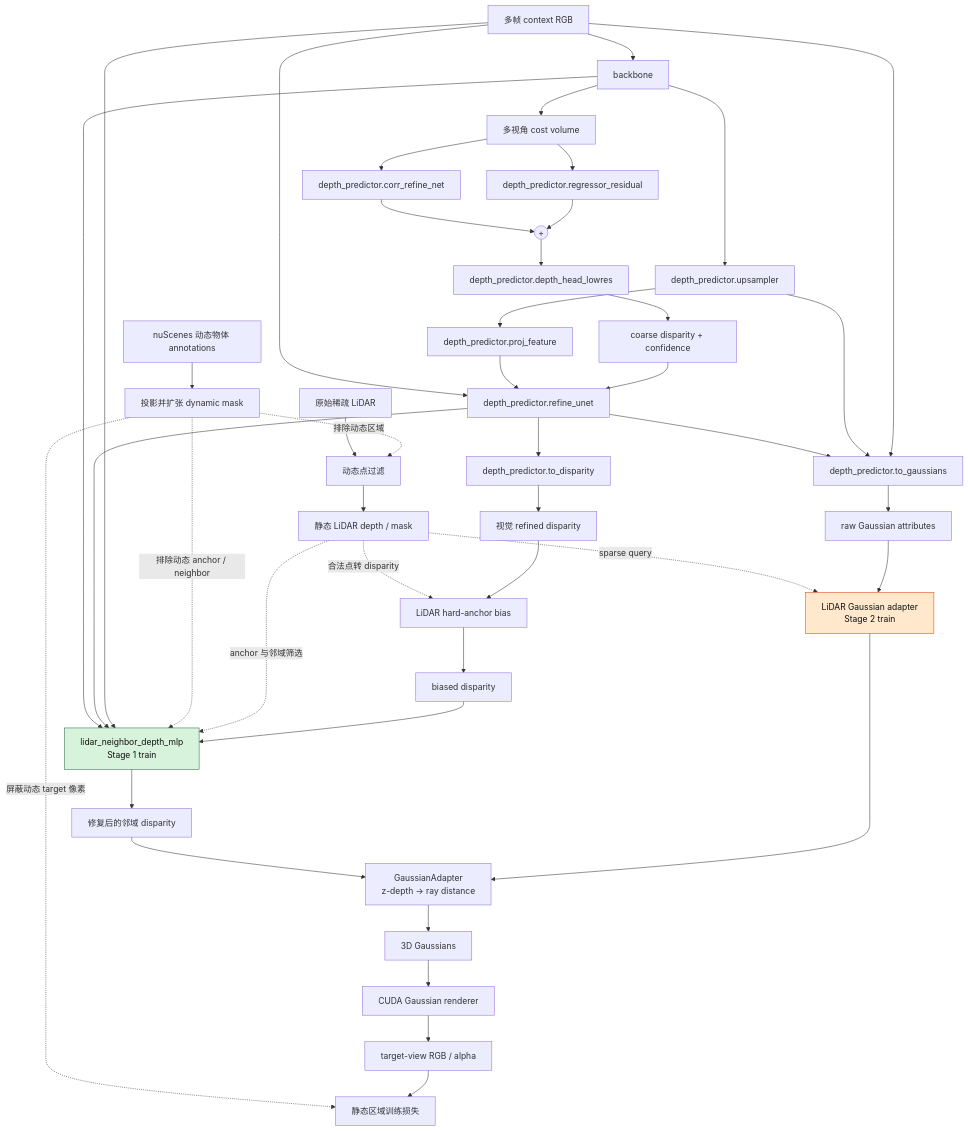
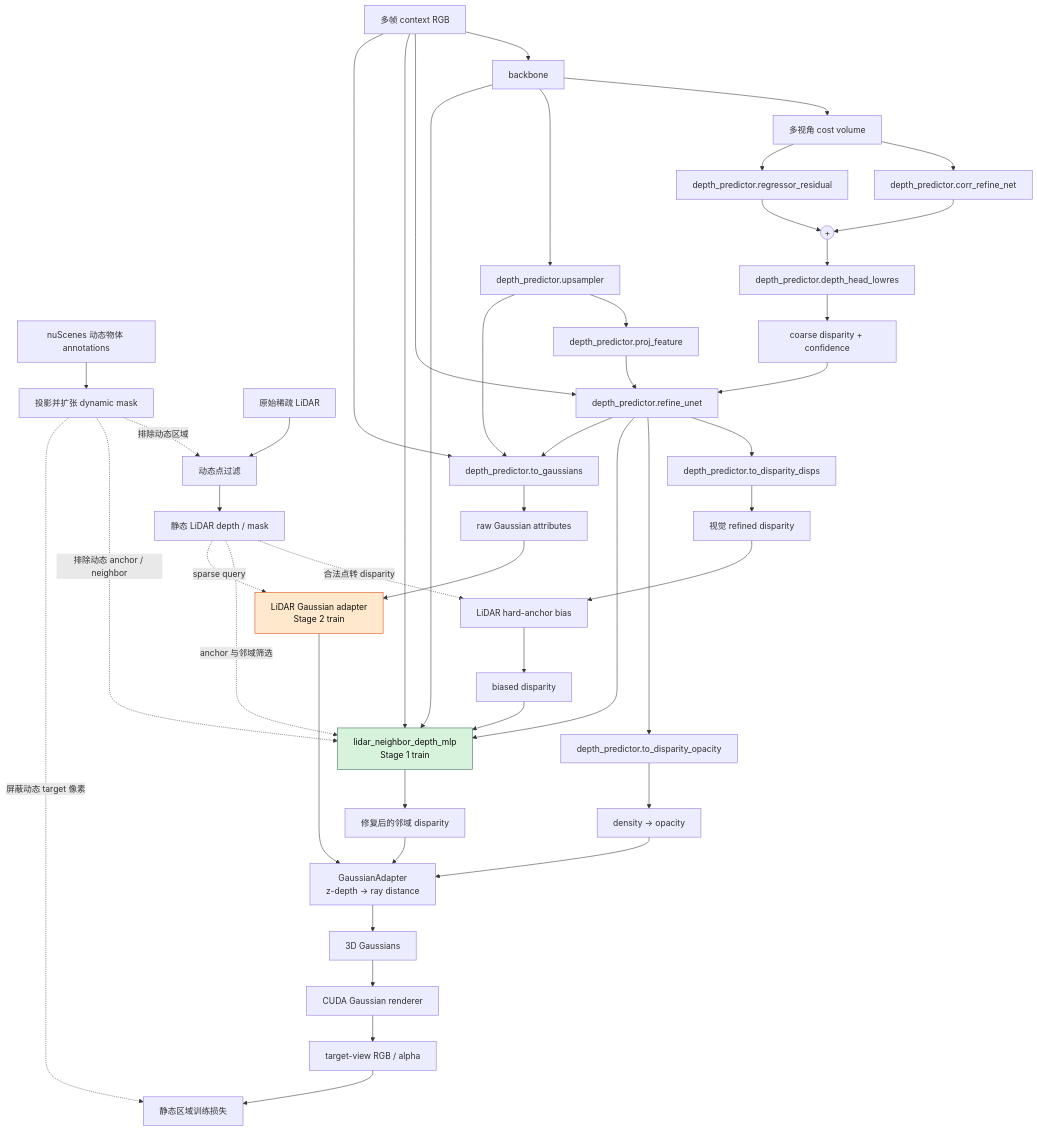
Before and after one commit to Shelly-icecream/lidar-enhanced-mvsplat: the diagram in README.md, drawn with Mermaid. The commit also changed other lines of this file and 5 other files, not shown here.

````diff
--- a/README.md
+++ b/README.md
@@ -33,54 +39,57 @@
 ```mermaid
 flowchart TD
     IMG[多帧 context RGB] --> BB[backbone]
     ANN[nuScenes 动态物体 annotations] --> DM[投影并扩张 dynamic mask]
     RAWL[原始稀疏 LiDAR] --> LF[动态点过滤]
     DM -. 排除动态区域 .-> LF
     LF --> LIDAR[静态 LiDAR depth / mask]
     BB --> CV[多视角 cost volume]
     CV --> CR[depth_predictor.corr_refine_net]
     CV --> RR[depth_predictor.regressor_residual]
     CR --> ADD((+))
     RR --> ADD
     ADD --> DH[depth_predictor.depth_head_lowres]
     DH --> CD[coarse disparity + confidence]
 
     BB --> UP[depth_predictor.upsampler]
     UP --> PF[depth_predictor.proj_feature]
     IMG --> RU[depth_predictor.refine_unet]
     PF --> RU
     CD --> RU
 
-    RU --> TD[depth_predictor.to_disparity]
+    RU --> TD[depth_predictor.to_disparity_disps]
     TD --> VD[视觉 refined disparity]
+    RU --> OP[depth_predictor.to_disparity_opacity]
+    OP --> DENS[density → opacity]
+    DENS --> GCV
     LIDAR -. 合法点转 disparity .-> BIAS[LiDAR hard-anchor bias]
     VD --> BIAS
     BIAS --> BD[biased disparity]
 
     BB --> NMLP[lidar_neighbor_depth_mlp<br/>Stage 1 train]
     RU --> NMLP
     IMG --> NMLP
     DM -. 排除动态 anchor / neighbor .-> NMLP
     LIDAR -. anchor 与邻域筛选 .-> NMLP
     BD --> NMLP
     NMLP --> RD[修复后的邻域 disparity]
 
     RU --> TG[depth_predictor.to_gaussians]
     UP --> TG
     IMG --> TG
     TG --> RAW[raw Gaussian attributes]
     LIDAR -. sparse query .-> GA[LiDAR Gaussian adapter<br/>Stage 2 train]
     RAW --> GA
     RD --> GCV[GaussianAdapter<br/>z-depth → ray distance]
     GA --> GCV
     GCV --> GS[3D Gaussians]
     GS --> RENDER[CUDA Gaussian renderer]
     RENDER --> OUT[target-view RGB / alpha]
     DM -. 屏蔽动态 target 像素 .-> LOSS[静态区域训练损失]
     OUT --> LOSS
 
     classDef stage1 fill:#d8f3dc,stroke:#2d6a4f,color:#111;
     classDef stage2 fill:#ffe8cc,stroke:#d9480f,color:#111;
     class NMLP stage1;
     class GA stage2;
 ```
````
